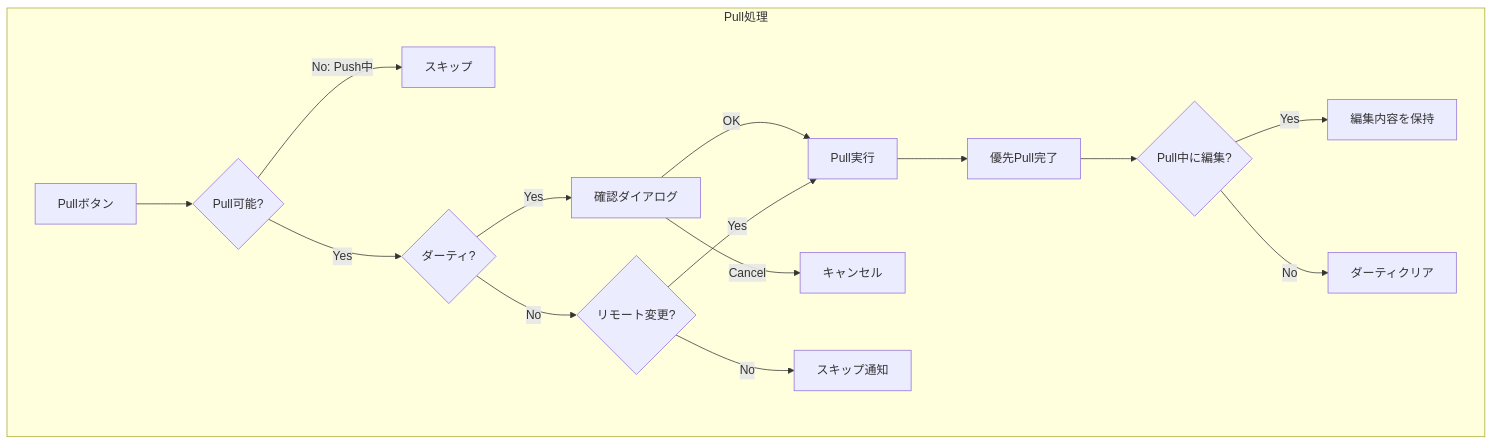
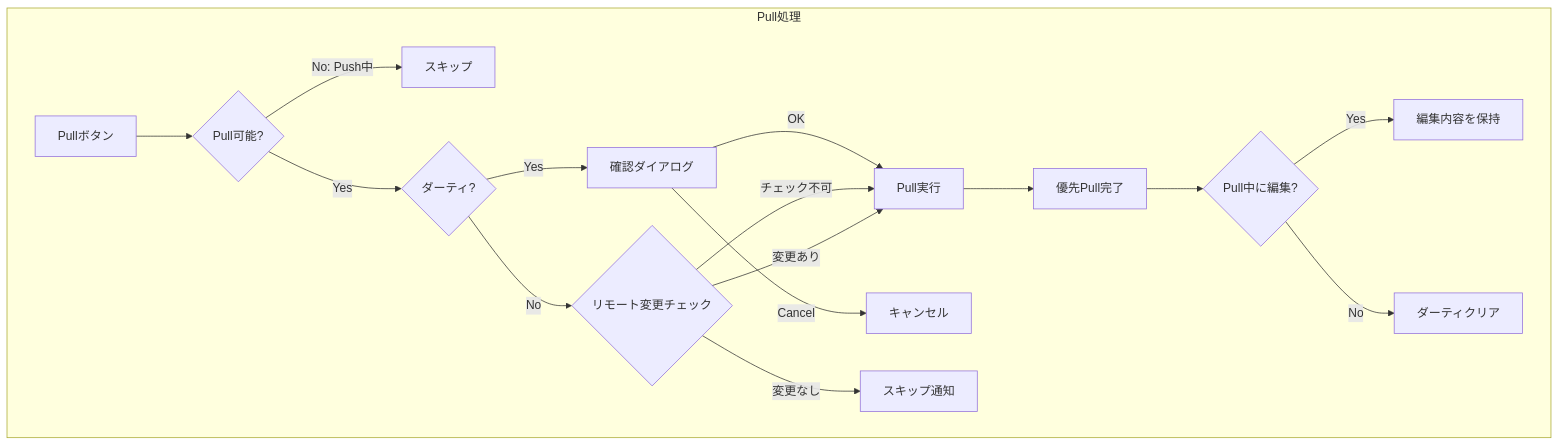
The second of 3 diagrams in docs/development/data-protection.md (kako-jun/simplest-note-md), drawn with Mermaid before and after one commit. The commit also changed other lines of this file and 1 other file, not shown here.

````diff
--- a/docs/development/data-protection.md
+++ b/docs/development/data-protection.md
@@ -27,18 +27,19 @@
 ```mermaid
 flowchart TD
     subgraph Pull["Pull処理"]
         PL1[Pullボタン] --> PL2{Pull可能?}
         PL2 -->|No: Push中| PL3[スキップ]
         PL2 -->|Yes| PL4{ダーティ?}
         PL4 -->|Yes| PL5[確認ダイアログ]
-        PL4 -->|No| PL6{リモート変更?}
+        PL4 -->|No| PL6{リモート変更チェック}
         PL5 -->|OK| PL7[Pull実行]
         PL5 -->|Cancel| PL8[キャンセル]
-        PL6 -->|No| PL9[スキップ通知]
-        PL6 -->|Yes| PL7
+        PL6 -->|チェック不可| PL7
+        PL6 -->|変更なし| PL9[スキップ通知]
+        PL6 -->|変更あり| PL7
         PL7 --> PL10[優先Pull完了]
         PL10 --> PL11{Pull中に編集?}
         PL11 -->|Yes| PL12[編集内容を保持]
         PL11 -->|No| PL13[ダーティクリア]
     end
 ```
````
